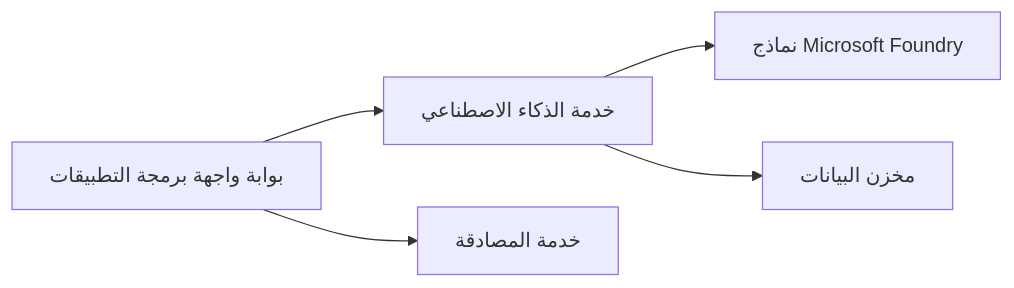
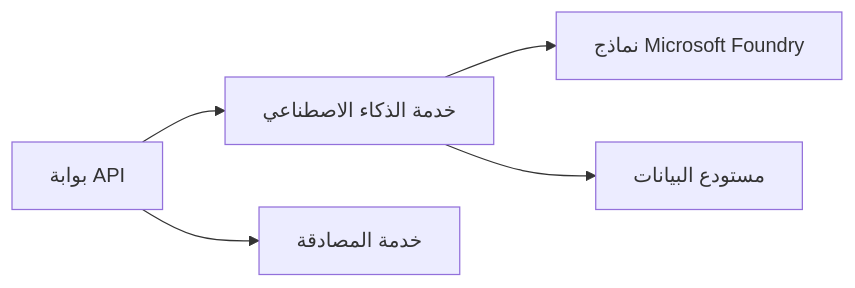
Before and after one commit to microsoft/AZD-for-beginners: the first of 2 diagrams in translations/ar/docs/chapter-08-production/README.md, drawn with Mermaid. The commit also changed other lines of this file and 4 other files, not shown here.

````diff
--- a/translations/ar/docs/chapter-08-production/README.md
+++ b/translations/ar/docs/chapter-08-production/README.md
@@ -48,6 +48,6 @@
 ```mermaid
 graph LR
-    Gateway[بوابة واجهة برمجة التطبيقات] --> AI[خدمة الذكاء الاصطناعي] --> Models[نماذج Microsoft Foundry]
+    Gateway[بوابة API] --> AI[خدمة الذكاء الاصطناعي] --> Models[نماذج Microsoft Foundry]
     Gateway --> Auth[خدمة المصادقة]
-    AI --> Data[مخزن البيانات]
+    AI --> Data[مستودع البيانات]
 ```
````
